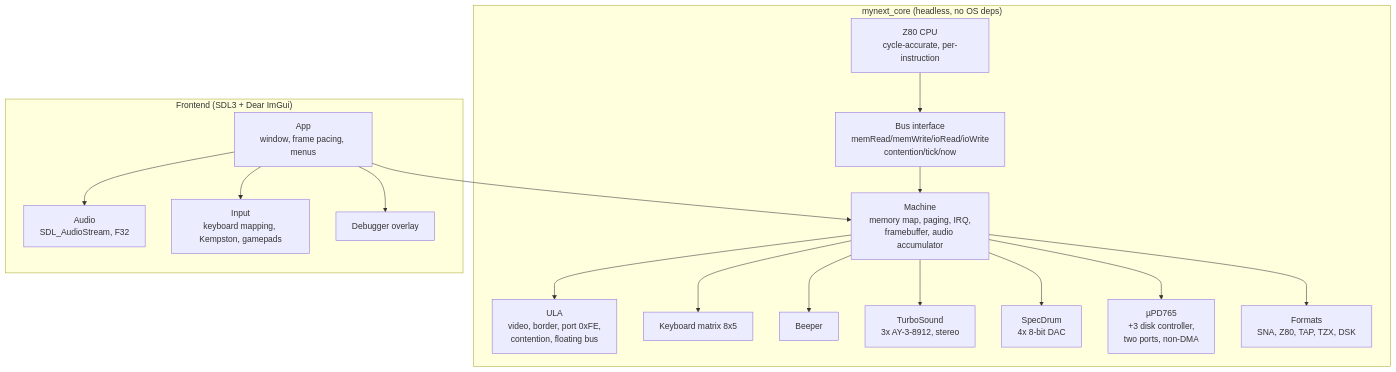
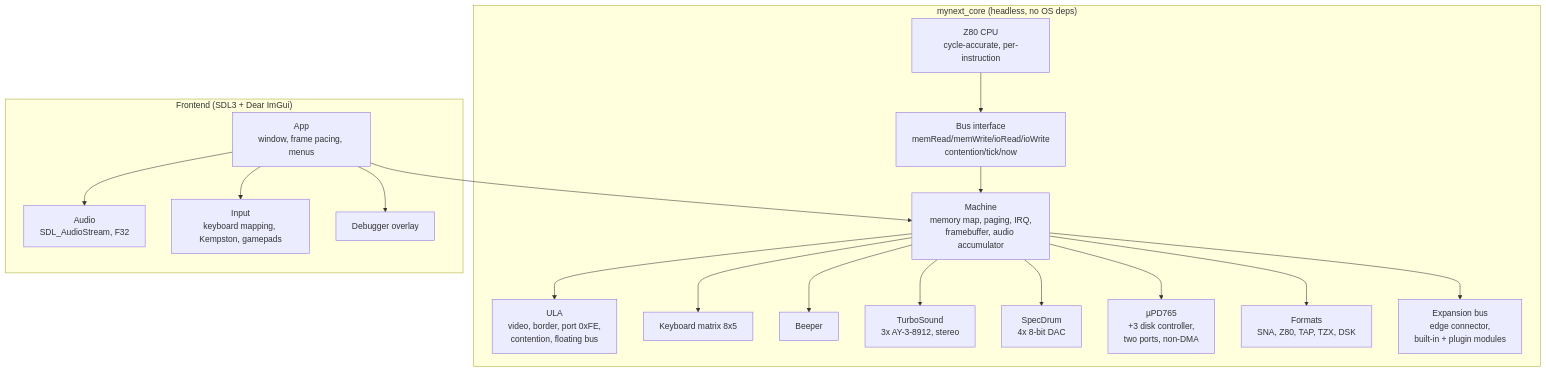
Before and after one commit to DruzhininPavel/RainbowNext: the diagram in docs/ARCHITECTURE.md, drawn with Mermaid. The commit also changed other lines of this file and 25 other files, not shown here.

First line of the commit message:
Add the expansion bus and peripheral modules

````diff
--- a/docs/ARCHITECTURE.md
+++ b/docs/ARCHITECTURE.md
@@ -7,36 +7,38 @@
 ```mermaid
 flowchart TD
     subgraph core["mynext_core (headless, no OS deps)"]
         Z80["Z80 CPU<br/>cycle-accurate, per-instruction"]
         BUS["Bus interface<br/>memRead/memWrite/ioRead/ioWrite<br/>contention/tick/now"]
         ULA["ULA<br/>video, border, port 0xFE,<br/>contention, floating bus"]
         KBD["Keyboard matrix 8x5"]
         BEEP["Beeper"]
         MACH["Machine<br/>memory map, paging, IRQ,<br/>framebuffer, audio accumulator"]
         AY["TurboSound<br/>3x AY-3-8912, stereo"]
         DAC["SpecDrum<br/>4x 8-bit DAC"]
         FDC["µPD765<br/>+3 disk controller,<br/>two ports, non-DMA"]
         FMT["Formats<br/>SNA, Z80, TAP, TZX, DSK"]
+        EXP["Expansion bus<br/>edge connector,<br/>built-in + plugin modules"]
     end
 
     subgraph host["Frontend (SDL3 + Dear ImGui)"]
         APP["App<br/>window, frame pacing, menus"]
         AUD["Audio<br/>SDL_AudioStream, F32"]
         INP["Input<br/>keyboard mapping, Kempston, gamepads"]
         DBG["Debugger overlay"]
     end
 
     Z80 --> BUS
     BUS --> MACH
     MACH --> ULA
     MACH --> KBD
     MACH --> BEEP
     MACH --> AY
     MACH --> DAC
     MACH --> FDC
     MACH --> FMT
+    MACH --> EXP
     APP --> MACH
     APP --> AUD
     APP --> INP
     APP --> DBG
 ```
````
